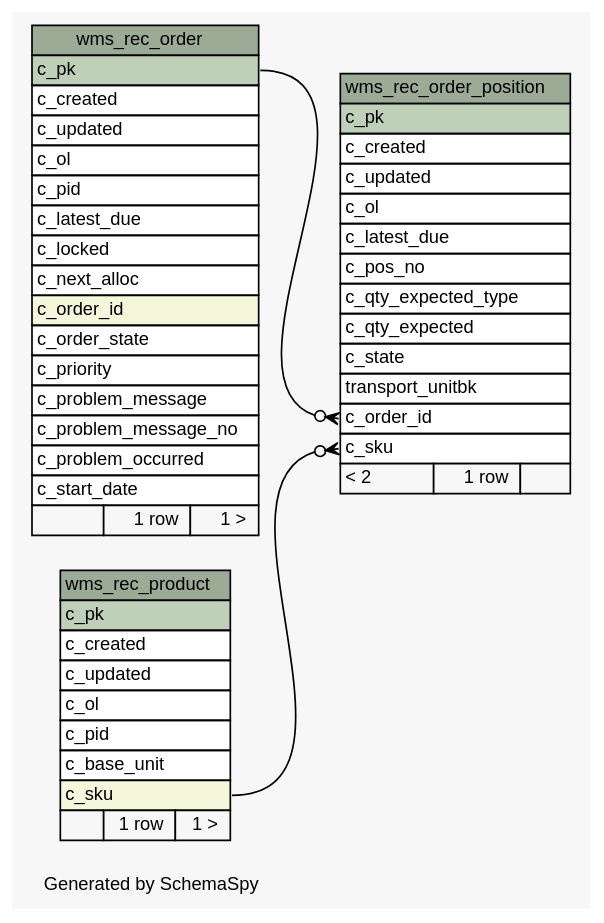
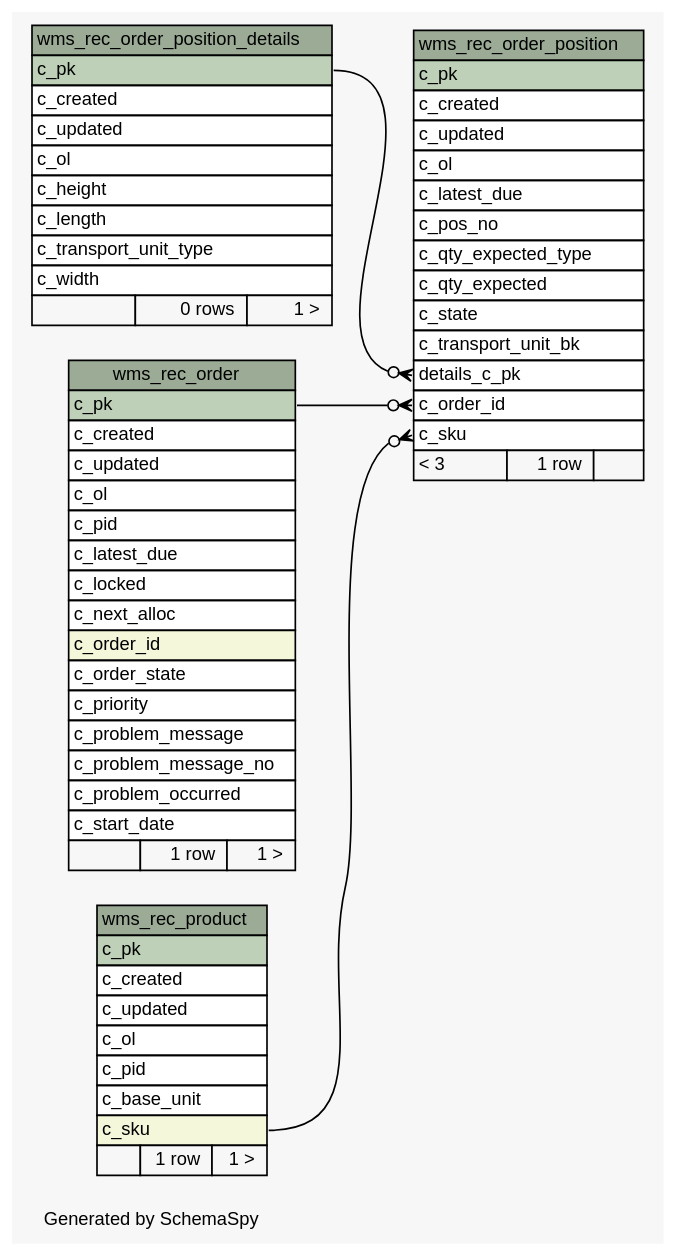
One commit to openwms/org.openwms.wms.receiving.lib changed the diagram in schemaspy/diagrams/summary/relationships.real.large.dot. Above: the diagram before and after it, drawn with Graphviz. The commit also changed 186 other files, not shown here.

```diff
--- a/schemaspy/diagrams/summary/relationships.real.large.dot
+++ b/schemaspy/diagrams/summary/relationships.real.large.dot
@@ -1,85 +1,104 @@
 // dot 2.36.0 on Linux 4.4.0-101-generic
 // SchemaSpy rev Unknown
 digraph "largeRelationshipsDiagram" {
   graph [
     rankdir="RL"
     bgcolor="#f7f7f7"
     label="\nGenerated by SchemaSpy"
     labeljust="l"
     nodesep="0.18"
     ranksep="0.46"
     fontname="Helvetica"
     fontsize="11"
   ];
   node [
     fontname="Helvetica"
     fontsize="11"
     shape="plaintext"
   ];
   edge [
     arrowsize="0.8"
   ];
   "wms_rec_order" [
     label=<
     <TABLE BORDER="0" CELLBORDER="1" CELLSPACING="0" BGCOLOR="#ffffff">
       <TR><TD COLSPAN="3" BGCOLOR="#9bab96" ALIGN="CENTER">wms_rec_order</TD></TR>
       <TR><TD PORT="c_pk" COLSPAN="3" BGCOLOR="#bed1b8" ALIGN="LEFT">c_pk</TD></TR>
       <TR><TD PORT="c_created" COLSPAN="3" ALIGN="LEFT">c_created</TD></TR>
       <TR><TD PORT="c_updated" COLSPAN="3" ALIGN="LEFT">c_updated</TD></TR>
       <TR><TD PORT="c_ol" COLSPAN="3" ALIGN="LEFT">c_ol</TD></TR>
       <TR><TD PORT="c_pid" COLSPAN="3" ALIGN="LEFT">c_pid</TD></TR>
       <TR><TD PORT="c_latest_due" COLSPAN="3" ALIGN="LEFT">c_latest_due</TD></TR>
       <TR><TD PORT="c_locked" COLSPAN="3" ALIGN="LEFT">c_locked</TD></TR>
       <TR><TD PORT="c_next_alloc" COLSPAN="3" ALIGN="LEFT">c_next_alloc</TD></TR>
       <TR><TD PORT="c_order_id" COLSPAN="3" BGCOLOR="#f4f7da" ALIGN="LEFT">c_order_id</TD></TR>
       <TR><TD PORT="c_order_state" COLSPAN="3" ALIGN="LEFT">c_order_state</TD></TR>
       <TR><TD PORT="c_priority" COLSPAN="3" ALIGN="LEFT">c_priority</TD></TR>
       <TR><TD PORT="c_problem_message" COLSPAN="3" ALIGN="LEFT">c_problem_message</TD></TR>
       <TR><TD PORT="c_problem_message_no" COLSPAN="3" ALIGN="LEFT">c_problem_message_no</TD></TR>
       <TR><TD PORT="c_problem_occurred" COLSPAN="3" ALIGN="LEFT">c_problem_occurred</TD></TR>
       <TR><TD PORT="c_start_date" COLSPAN="3" ALIGN="LEFT">c_start_date</TD></TR>
       <TR><TD ALIGN="LEFT" BGCOLOR="#f7f7f7">  </TD><TD ALIGN="RIGHT" BGCOLOR="#f7f7f7">1 row</TD><TD ALIGN="RIGHT" BGCOLOR="#f7f7f7">1 &gt;</TD></TR>
     </TABLE>>
     URL="tables/wms_rec_order.html"
     tooltip="wms_rec_order"
   ];
   "wms_rec_order_position" [
     label=<
     <TABLE BORDER="0" CELLBORDER="1" CELLSPACING="0" BGCOLOR="#ffffff">
       <TR><TD COLSPAN="3" BGCOLOR="#9bab96" ALIGN="CENTER">wms_rec_order_position</TD></TR>
       <TR><TD PORT="c_pk" COLSPAN="3" BGCOLOR="#bed1b8" ALIGN="LEFT">c_pk</TD></TR>
       <TR><TD PORT="c_created" COLSPAN="3" ALIGN="LEFT">c_created</TD></TR>
       <TR><TD PORT="c_updated" COLSPAN="3" ALIGN="LEFT">c_updated</TD></TR>
       <TR><TD PORT="c_ol" COLSPAN="3" ALIGN="LEFT">c_ol</TD></TR>
       <TR><TD PORT="c_latest_due" COLSPAN="3" ALIGN="LEFT">c_latest_due</TD></TR>
       <TR><TD PORT="c_pos_no" COLSPAN="3" ALIGN="LEFT">c_pos_no</TD></TR>
       <TR><TD PORT="c_qty_expected_type" COLSPAN="3" ALIGN="LEFT">c_qty_expected_type</TD></TR>
       <TR><TD PORT="c_qty_expected" COLSPAN="3" ALIGN="LEFT">c_qty_expected</TD></TR>
       <TR><TD PORT="c_state" COLSPAN="3" ALIGN="LEFT">c_state</TD></TR>
-      <TR><TD PORT="transport_unitbk" COLSPAN="3" ALIGN="LEFT">transport_unitbk</TD></TR>
+      <TR><TD PORT="c_transport_unit_bk" COLSPAN="3" ALIGN="LEFT">c_transport_unit_bk</TD></TR>
+      <TR><TD PORT="details_c_pk" COLSPAN="3" ALIGN="LEFT">details_c_pk</TD></TR>
       <TR><TD PORT="c_order_id" COLSPAN="3" ALIGN="LEFT">c_order_id</TD></TR>
       <TR><TD PORT="c_sku" COLSPAN="3" ALIGN="LEFT">c_sku</TD></TR>
-      <TR><TD ALIGN="LEFT" BGCOLOR="#f7f7f7">&lt; 2</TD><TD ALIGN="RIGHT" BGCOLOR="#f7f7f7">1 row</TD><TD ALIGN="RIGHT" BGCOLOR="#f7f7f7">  </TD></TR>
+      <TR><TD ALIGN="LEFT" BGCOLOR="#f7f7f7">&lt; 3</TD><TD ALIGN="RIGHT" BGCOLOR="#f7f7f7">1 row</TD><TD ALIGN="RIGHT" BGCOLOR="#f7f7f7">  </TD></TR>
     </TABLE>>
     URL="tables/wms_rec_order_position.html"
     tooltip="wms_rec_order_position"
+  ];
+  "wms_rec_order_position_details" [
+    label=<
+    <TABLE BORDER="0" CELLBORDER="1" CELLSPACING="0" BGCOLOR="#ffffff">
+      <TR><TD COLSPAN="3" BGCOLOR="#9bab96" ALIGN="CENTER">wms_rec_order_position_details</TD></TR>
+      <TR><TD PORT="c_pk" COLSPAN="3" BGCOLOR="#bed1b8" ALIGN="LEFT">c_pk</TD></TR>
+      <TR><TD PORT="c_created" COLSPAN="3" ALIGN="LEFT">c_created</TD></TR>
+      <TR><TD PORT="c_updated" COLSPAN="3" ALIGN="LEFT">c_updated</TD></TR>
+      <TR><TD PORT="c_ol" COLSPAN="3" ALIGN="LEFT">c_ol</TD></TR>
+      <TR><TD PORT="c_height" COLSPAN="3" ALIGN="LEFT">c_height</TD></TR>
+      <TR><TD PORT="c_length" COLSPAN="3" ALIGN="LEFT">c_length</TD></TR>
+      <TR><TD PORT="c_transport_unit_type" COLSPAN="3" ALIGN="LEFT">c_transport_unit_type</TD></TR>
+      <TR><TD PORT="c_width" COLSPAN="3" ALIGN="LEFT">c_width</TD></TR>
+      <TR><TD ALIGN="LEFT" BGCOLOR="#f7f7f7">  </TD><TD ALIGN="RIGHT" BGCOLOR="#f7f7f7">0 rows</TD><TD ALIGN="RIGHT" BGCOLOR="#f7f7f7">1 &gt;</TD></TR>
+    </TABLE>>
+    URL="tables/wms_rec_order_position_details.html"
+    tooltip="wms_rec_order_position_details"
   ];
   "wms_rec_product" [
     label=<
     <TABLE BORDER="0" CELLBORDER="1" CELLSPACING="0" BGCOLOR="#ffffff">
       <TR><TD COLSPAN="3" BGCOLOR="#9bab96" ALIGN="CENTER">wms_rec_product</TD></TR>
       <TR><TD PORT="c_pk" COLSPAN="3" BGCOLOR="#bed1b8" ALIGN="LEFT">c_pk</TD></TR>
       <TR><TD PORT="c_created" COLSPAN="3" ALIGN="LEFT">c_created</TD></TR>
       <TR><TD PORT="c_updated" COLSPAN="3" ALIGN="LEFT">c_updated</TD></TR>
       <TR><TD PORT="c_ol" COLSPAN="3" ALIGN="LEFT">c_ol</TD></TR>
       <TR><TD PORT="c_pid" COLSPAN="3" ALIGN="LEFT">c_pid</TD></TR>
       <TR><TD PORT="c_base_unit" COLSPAN="3" ALIGN="LEFT">c_base_unit</TD></TR>
       <TR><TD PORT="c_sku" COLSPAN="3" BGCOLOR="#f4f7da" ALIGN="LEFT">c_sku</TD></TR>
       <TR><TD ALIGN="LEFT" BGCOLOR="#f7f7f7">  </TD><TD ALIGN="RIGHT" BGCOLOR="#f7f7f7">1 row</TD><TD ALIGN="RIGHT" BGCOLOR="#f7f7f7">1 &gt;</TD></TR>
     </TABLE>>
     URL="tables/wms_rec_product.html"
     tooltip="wms_rec_product"
   ];
   "wms_rec_order_position":"c_order_id":w -> "wms_rec_order":"c_pk":e [arrowhead=none dir=back arrowtail=crowodot];
   "wms_rec_order_position":"c_sku":w -> "wms_rec_product":"c_sku":e [arrowhead=none dir=back arrowtail=crowodot];
+  "wms_rec_order_position":"details_c_pk":w -> "wms_rec_order_position_details":"c_pk":e [arrowhead=none dir=back arrowtail=crowodot];
 }
```
